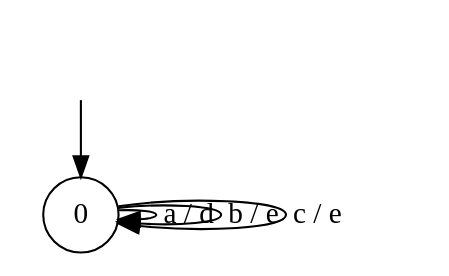
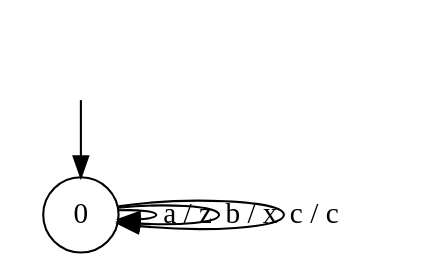
Before and after one commit to PengClever/IoTLearner: the diagram in result/output/learnedModel.dot, drawn with Graphviz. The commit also changed 8 other files, not shown here.

```diff
--- a/result/output/learnedModel.dot
+++ b/result/output/learnedModel.dot
@@ -1,10 +1,10 @@
 digraph g {
 __start0 [label="" shape="none"];
 
 	s0 [shape="circle" label="0"];
-	s0 -> s0 [label="a / d"];
-	s0 -> s0 [label="b / e"];
-	s0 -> s0 [label="c / e"];
+	s0 -> s0 [label="a / z"];
+	s0 -> s0 [label="b / x"];
+	s0 -> s0 [label="c / c"];
 
 __start0 -> s0;
 }
```
